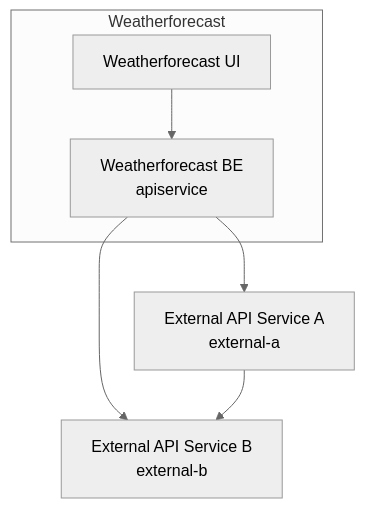
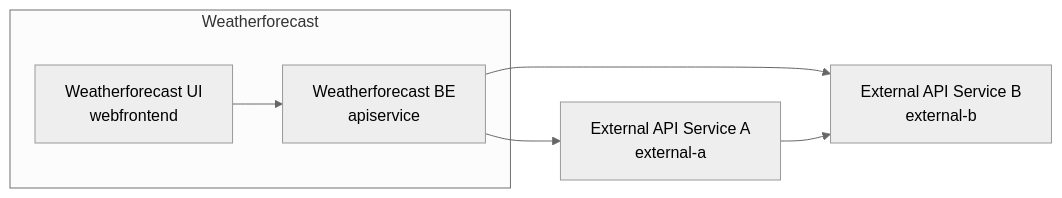
One commit to avalkysers/aspire changed the diagram in README.md. Above: the diagram before and after it, drawn with Mermaid (neutral theme).

Commit message:
Change direction

````diff
--- a/README.md
+++ b/README.md
@@ -2,14 +2,13 @@
 ```mermaid
-flowchart
-direction LR
+flowchart LR
 subgraph wf[Weatherforecast]
-    ui[Weatherforecast UI]
+    ui[Weatherforecast UI<br/>webfrontend]
     api[Weatherforecast BE<br/>apiservice]
 end
 a[External API Service A<br/>external-a]
 b[External API Service B<br/>external-b]
 ui-->api
 api-->a
 api-->b
 a-->b
 ```
````
